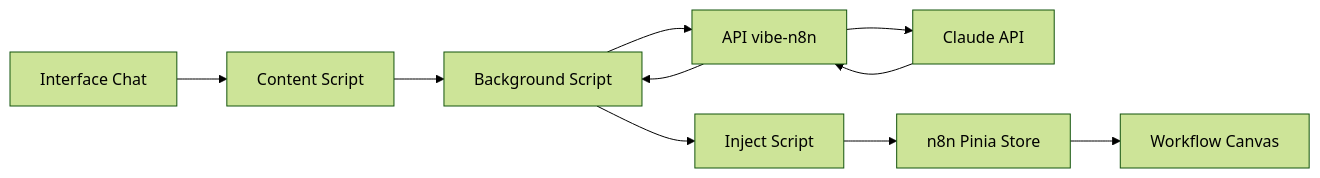
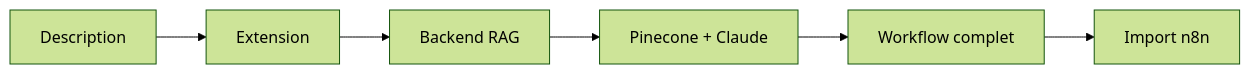
Before and after one commit to tirones-123/vibe-n8n: the second of 2 diagrams in vibe-n8n-chrome-extension/README.md, drawn with Mermaid (forest theme). The commit also changed other lines of this file and 6 other files, not shown here.

````diff
--- a/vibe-n8n-chrome-extension/README.md
+++ b/vibe-n8n-chrome-extension/README.md
@@ -94,12 +115,8 @@
 ```mermaid
 graph LR
-    A[Interface Chat] --> B[Content Script]
-    B --> C[Background Script]
-    C --> D[API vibe-n8n]
-    D --> E[Claude API]
-    E --> D
-    D --> C
-    C --> F[Inject Script]
-    F --> G[n8n Pinia Store]
-    G --> H[Workflow Canvas]
+    A[Description] --> B[Extension]
+    B --> C[Backend RAG]
+    C --> D[Pinecone + Claude]
+    D --> E[Workflow complet]
+    E --> F[Import n8n]
 ```
````
